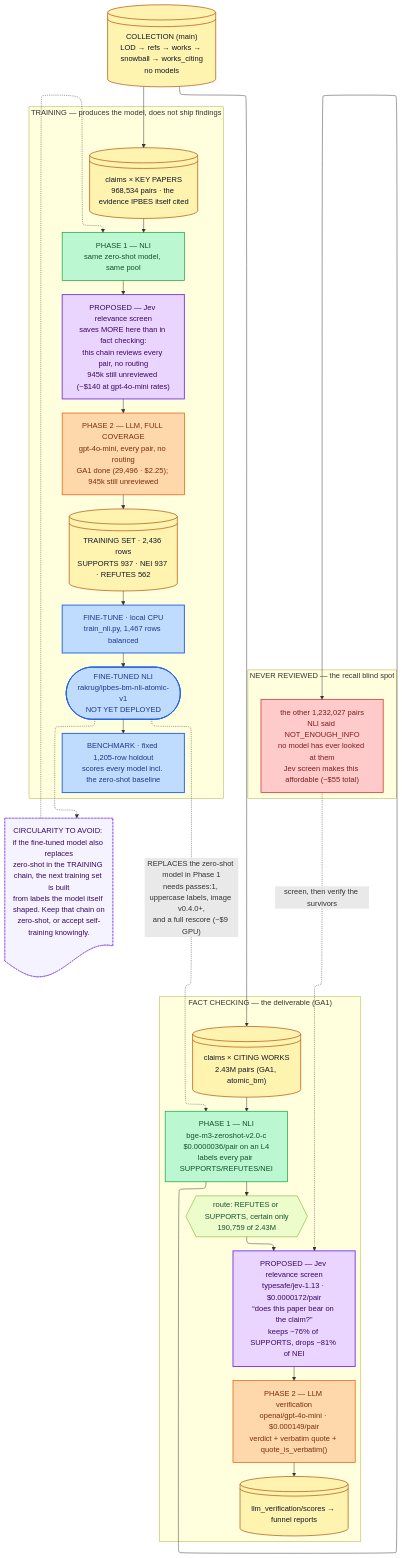
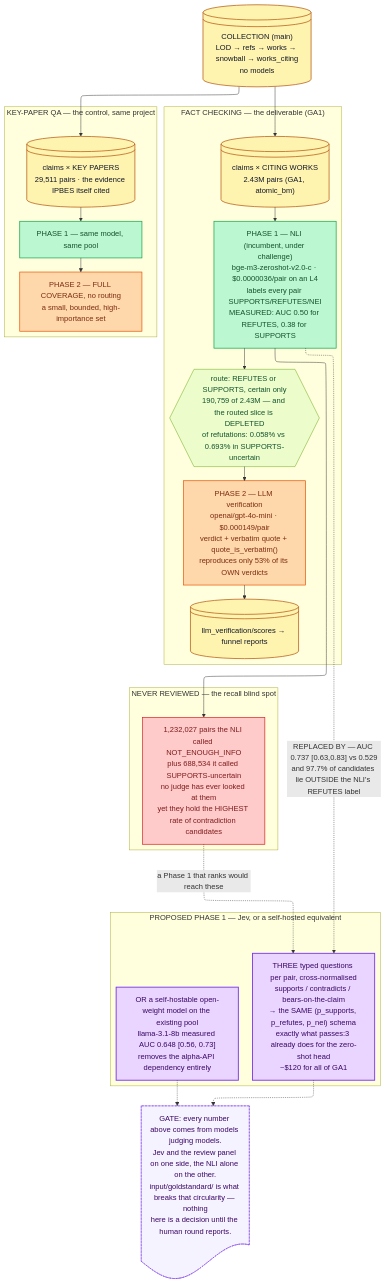
The diagram in input/mmd/overview.mmd (IPBES-Data/IPBES_BM_Fact_Checker), drawn with Mermaid before and after one commit. The commit also changed 37 other files, not shown here.

First line of the commit message:
Retire the training project; key-paper QA and the gold standard move to factcheck

```diff
--- a/input/mmd/overview.mmd
+++ b/input/mmd/overview.mmd
@@ -1,86 +1,87 @@
 ---
 config:
   layout: elk
   elk:
     nodePlacementStrategy: BRANDES_KOEPF
 ---
 flowchart TD
 
-  %% OVERVIEW -- which MODEL runs at which step, across all four projects.
+  %% OVERVIEW -- which MODEL runs at which step, and what each step costs.
   %% --
-  %% The per-project diagrams (workflow_main / _factcheck / _training /
-  %% _reporting) show what each pipeline DOES. This one shows what each step
-  %% COSTS and which model does it, because that is the question that keeps
-  %% coming up and no single per-project diagram can answer it: the feedback
-  %% loop (training produces the model fact checking runs on) crosses two of
-  %% them, and the price ladder that decides where a screening step belongs
-  %% only makes sense side by side.
+  %% The per-project diagrams (workflow_main / _factcheck / _reporting) show
+  %% what each pipeline DOES. This one shows what each step COSTS and which
+  %% model does it, because the price ladder that decides where a screening
+  %% step belongs only makes sense side by side.
   %% --
   %%   zero-shot NLI   $0.0000036 /pair   labels everything
-  %%   Jev (proposed)  $0.0000172 /pair   screens, does not judge
+  %%   Jev             $0.0000172 /pair   one typed question, calibrated score
   %%   gpt-4o-mini     $0.000149  /pair   judges, quotes, gets quote-checked
   %% --
-  %% Jev only pays off BETWEEN the other two: screening ahead of the NLI would
-  %% cost more than simply running the NLI (~$42 vs ~$9 for GA1's cross-join).
+  %% REWRITTEN 2026-10-05. The previous version said "Jev only pays off BETWEEN
+  %% the other two: screening ahead of the NLI would cost more than simply
+  %% running the NLI (~$42 vs ~$9 for GA1's cross-join)". That reasoning was
+  %% about price alone and is now contradicted by measurement: the NLI is at or
+  %% below CHANCE at the job, so $9 of it buys nothing to be cheaper than.
+  %% See design_notes.md points 6 and 8, and the `NLI_dirty` branch for the
+  %% architecture this replaced.
 
   collect@{ shape: lin-cyl, label: "COLLECTION (main)<br/>LOD → refs → works → snowball → works_citing<br/>no models" }
 
   subgraph fc["FACT CHECKING — the deliverable (GA1)"]
     direction TB
     fc_pairs@{ shape: lin-cyl, label: "claims × CITING WORKS<br/>2.43M pairs (GA1, atomic_bm)" }
-    fc_nli@{ shape: rect, label: "PHASE 1 — NLI<br/>bge-m3-zeroshot-v2.0-c<br/>$0.0000036/pair on an L4<br/>labels every pair SUPPORTS/REFUTES/NEI" }
-    fc_route@{ shape: hex, label: "route: REFUTES or SUPPORTS, certain only<br/>190,759 of 2.43M" }
-    fc_jev@{ shape: rect, label: "PROPOSED — Jev relevance screen<br/>typesafe/jev-1.13 · $0.0000172/pair<br/>“does this paper bear on the claim?”<br/>keeps ~76% of SUPPORTS, drops ~81% of NEI" }
-    fc_llm@{ shape: rect, label: "PHASE 2 — LLM verification<br/>openai/gpt-4o-mini · $0.000149/pair<br/>verdict + verbatim quote + quote_is_verbatim()" }
+    fc_nli@{ shape: rect, label: "PHASE 1 — NLI (incumbent, under challenge)<br/>bge-m3-zeroshot-v2.0-c · $0.0000036/pair on an L4<br/>labels every pair SUPPORTS/REFUTES/NEI<br/>MEASURED: AUC 0.50 for REFUTES, 0.38 for SUPPORTS" }
+    fc_route@{ shape: hex, label: "route: REFUTES or SUPPORTS, certain only<br/>190,759 of 2.43M — and the routed slice is DEPLETED<br/>of refutations: 0.058% vs 0.693% in SUPPORTS-uncertain" }
+    fc_llm@{ shape: rect, label: "PHASE 2 — LLM verification<br/>openai/gpt-4o-mini · $0.000149/pair<br/>verdict + verbatim quote + quote_is_verbatim()<br/>reproduces only 53% of its OWN verdicts" }
     fc_out@{ shape: lin-cyl, label: "llm_verification/scores → funnel reports" }
-    fc_pairs --> fc_nli --> fc_route --> fc_jev --> fc_llm --> fc_out
+    fc_pairs --> fc_nli --> fc_route --> fc_llm --> fc_out
   end
+
+  subgraph kp["KEY-PAPER QA — the control, same project"]
+    direction TB
+    kp_pairs@{ shape: lin-cyl, label: "claims × KEY PAPERS<br/>29,511 pairs · the evidence IPBES itself cited" }
+    kp_nli@{ shape: rect, label: "PHASE 1 — same model, same pool" }
+    kp_llm@{ shape: rect, label: "PHASE 2 — FULL COVERAGE, no routing<br/>a small, bounded, high-importance set" }
+    kp_pairs --> kp_nli --> kp_llm
+  end
+
+  subgraph prop["PROPOSED PHASE 1 — Jev, or a self-hosted equivalent"]
+    direction TB
+    pr_jev@{ shape: rect, label: "THREE typed questions per pair, cross-normalised<br/>supports / contradicts / bears-on-the-claim<br/>→ the SAME (p_supports, p_refutes, p_nei) schema<br/>exactly what passes:3 already does for the zero-shot head<br/>~$120 for all of GA1" }
+    pr_alt@{ shape: rect, label: "OR a self-hostable open-weight model on the existing pool<br/>llama-3.1-8b measured AUC 0.648 [0.56, 0.73]<br/>removes the alpha-API dependency entirely" }
+  end
+
+  collect --> fc_pairs
+  collect --> kp_pairs
+
+  %% --
+  %% Why the swap is proposed at all. Measured on the 179 triple-positive rows
+  %% against refutations confirmed by three independent models.
+  fc_nli -.->|"REPLACED BY — AUC 0.737 [0.63,0.83] vs 0.529<br/>and 97.7% of candidates lie OUTSIDE the NLI's REFUTES label"| pr_jev
 
   subgraph nei["NEVER REVIEWED — the recall blind spot"]
     direction TB
-    fc_nei@{ shape: rect, label: "the other 1,232,027 pairs<br/>NLI said NOT_ENOUGH_INFO<br/>no model has ever looked at them<br/>Jev screen makes this affordable (~$55 total)" }
+    fc_nei@{ shape: rect, label: "1,232,027 pairs the NLI called NOT_ENOUGH_INFO<br/>plus 688,534 it called SUPPORTS-uncertain<br/>no judge has ever looked at them<br/>yet they hold the HIGHEST rate of contradiction candidates" }
   end
   fc_nli --> fc_nei
-  fc_nei -.->|"screen, then verify the survivors"| fc_jev
+  fc_nei -.->|"a Phase 1 that ranks would reach these"| pr_jev
 
-  subgraph tr["TRAINING — produces the model, does not ship findings"]
-    direction TB
-    tr_pairs@{ shape: lin-cyl, label: "claims × KEY PAPERS<br/>968,534 pairs · the evidence IPBES itself cited" }
-    tr_nli@{ shape: rect, label: "PHASE 1 — NLI<br/>same zero-shot model, same pool" }
-    tr_jev@{ shape: rect, label: "PROPOSED — Jev relevance screen<br/>saves MORE here than in fact checking:<br/>this chain reviews every pair, no routing<br/>945k still unreviewed (~$140 at gpt-4o-mini rates)" }
-    tr_llm@{ shape: rect, label: "PHASE 2 — LLM, FULL COVERAGE<br/>gpt-4o-mini, every pair, no routing<br/>GA1 done (29,496 · $2.25); 945k still unreviewed" }
-    tr_set@{ shape: lin-cyl, label: "TRAINING SET · 2,436 rows<br/>SUPPORTS 937 · NEI 937 · REFUTES 562" }
-    tr_ft@{ shape: rect, label: "FINE-TUNE · local CPU<br/>train_nli.py, 1,467 rows balanced" }
-    tr_model@{ shape: stadium, label: "FINE-TUNED NLI<br/>rakrug/ipbes-bm-nli-atomic-v1<br/>NOT YET DEPLOYED" }
-    tr_bench@{ shape: rect, label: "BENCHMARK · fixed 1,205-row holdout<br/>scores every model incl. the zero-shot baseline" }
-    tr_pairs --> tr_nli --> tr_jev --> tr_llm --> tr_set --> tr_ft --> tr_model --> tr_bench
-  end
-
-  collect --> fc_pairs
-  collect --> tr_pairs
-
-  %% --
-  %% The loop. Training exists to replace the model fact checking runs on.
-  tr_model -.->|"REPLACES the zero-shot model in Phase 1<br/>needs passes:1, uppercase labels, image v0.4.0+,<br/>and a full rescore (~$9 GPU)"| fc_nli
-
-  warn@{ shape: doc, label: "CIRCULARITY TO AVOID: if the fine-tuned model also replaces<br/>zero-shot in the TRAINING chain, the next training set is built<br/>from labels the model itself shaped. Keep that chain on<br/>zero-shot, or accept self-training knowingly." }
-  tr_model -.-> warn
-  warn -.-> tr_nli
+  gate@{ shape: doc, label: "GATE: every number above comes from models judging models.<br/>Jev and the review panel on one side, the NLI alone on the other.<br/>input/goldstandard/ is what breaks that circularity — nothing<br/>here is a decision until the human round reports." }
+  pr_jev -.-> gate
+  pr_alt -.-> gate
 
   classDef zeroshot fill:#bbf7d0,stroke:#16a34a,color:#14532d,stroke-width:1.5px;
   classDef llm      fill:#fed7aa,stroke:#ea580c,color:#7c2d12,stroke-width:1.5px;
   classDef jev      fill:#e9d5ff,stroke:#7c3aed,color:#3b0764,stroke-width:2px;
-  classDef ft       fill:#bfdbfe,stroke:#2563eb,color:#1e3a8a,stroke-width:2px;
   classDef data     fill:#fff3b0,stroke:#b45309,color:#111827,stroke-width:1.5px;
   classDef gate     fill:#ecfccb,stroke:#65a30d,color:#14532d,stroke-width:1px;
   classDef blind    fill:#fecaca,stroke:#dc2626,color:#7f1d1d,stroke-width:1.5px;
   classDef note     fill:#f5f3ff,stroke:#7c3aed,color:#3b0764,stroke-dasharray:4 3;
 
-  class fc_nli,tr_nli zeroshot;
-  class fc_llm,tr_llm llm;
-  class fc_jev,tr_jev jev;
-  class tr_model,tr_ft,tr_bench ft;
-  class collect,fc_pairs,fc_out,tr_pairs,tr_set data;
+  class fc_nli,kp_nli zeroshot;
+  class fc_llm,kp_llm llm;
+  class pr_jev,pr_alt jev;
+  class collect,fc_pairs,kp_pairs,fc_out data;
   class fc_route gate;
   class fc_nei blind;
-  class warn note;
+  class gate note;
```
